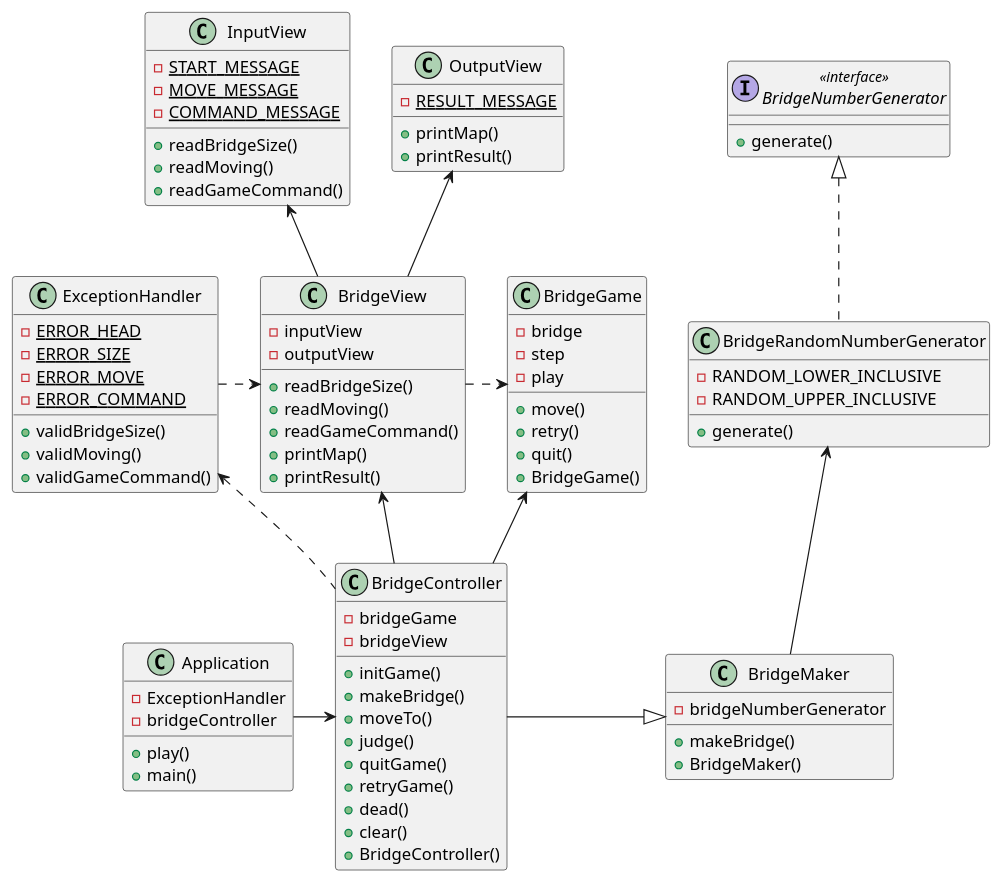
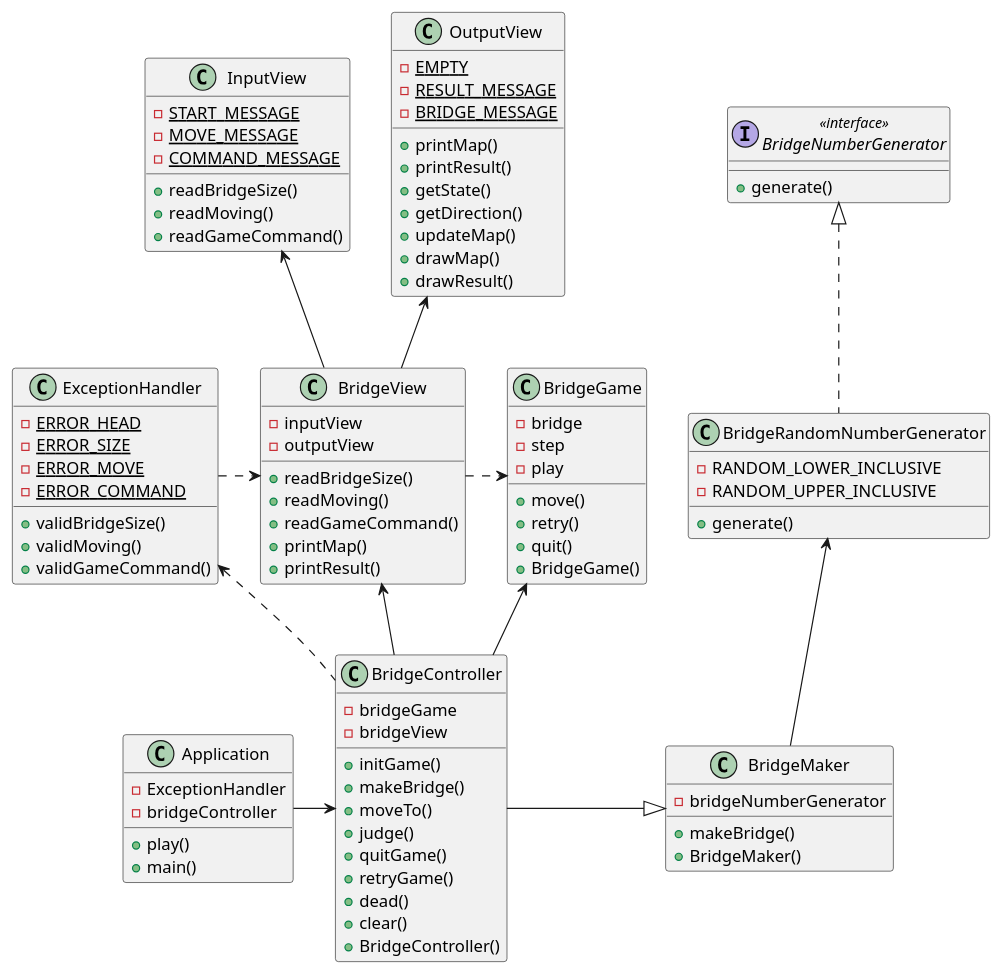
Before and after one commit to woowacourse-precourse/java-bridge: the diagram in docs/bridgeUML.puml, drawn with PlantUML. The commit also changed 1 other file, not shown here.

Commit message:
docs(java-bridge/docs/bridgeUML.*): 클래스 다이어그램 업데이트 (OutputView)
class OutputView{
    - {static} EMPTY
    - {static} RESULT_MESSAGE
    - {static} BRIDGE_MESSAGE
    + printMap()
    + printResult()
    + getState()
    + getDirection()
    + updateMap()
    + drawMap()
    + drawResult()
}

```diff
--- a/docs/bridgeUML.puml
+++ b/docs/bridgeUML.puml
@@ -1,118 +1,126 @@
 @startuml
 
 class ExceptionHandler
 class BridgeGame
 class BridgeController
 class BridgeMaker
 class BridgeNumberGenerator
 class BridgeRandomNumberGenerator
 class InputView
 class OutputView
 class Application
+
 
 BridgeController -up-> BridgeGame
 
 BridgeController -up-> BridgeView
 BridgeController -right-|> BridgeMaker
 
 
 BridgeView -up-> OutputView
 BridgeView -up-> InputView
 
 BridgeRandomNumberGenerator .up.|> BridgeNumberGenerator
 BridgeMaker -up-> BridgeRandomNumberGenerator
 
 Application -right-> BridgeController
 ExceptionHandler .right.> BridgeView
 BridgeController .up.> ExceptionHandler
 BridgeView .right.> BridgeGame
 
 
 class Application{
     - ExceptionHandler
     - bridgeController
     + play()
     + main()
 }
 
 class BridgeGame{
     - bridge
     - step
     - play
     + move()
     + retry()
     + quit()
     + BridgeGame()
 }
 
 class BridgeController{
     - bridgeGame
     - bridgeView
 
     + initGame()
     + makeBridge()
     + moveTo()
     + judge()
     + quitGame()
     + retryGame()
     + dead()
     + clear()
     + BridgeController()
 }
 
 class BridgeMaker{
     - bridgeNumberGenerator
     + makeBridge()
     + BridgeMaker()
 }
 
 interface BridgeNumberGenerator <<interface>>{
     + generate()
 }
 
 class BridgeRandomNumberGenerator{
     - RANDOM_LOWER_INCLUSIVE
     - RANDOM_UPPER_INCLUSIVE
     + generate()
 }
 
 class BridgeView{
     - inputView
     - outputView
     + readBridgeSize()
     + readMoving()
     + readGameCommand()
     + printMap()
     + printResult()
 }
 
 class InputView{
     - {static} START_MESSAGE
     - {static} MOVE_MESSAGE
     - {static} COMMAND_MESSAGE
 
     + readBridgeSize()
     + readMoving()
     + readGameCommand()
 }
 
 class OutputView{
+    - {static} EMPTY
     - {static} RESULT_MESSAGE
+    - {static} BRIDGE_MESSAGE
     + printMap()
     + printResult()
+    + getState()
+    + getDirection()
+    + updateMap()
+    + drawMap()
+    + drawResult()
 }
 
 class ExceptionHandler{
     - {static} ERROR_HEAD
     - {static} ERROR_SIZE
     - {static} ERROR_MOVE
     - {static} ERROR_COMMAND
     + validBridgeSize()
     + validMoving()
     + validGameCommand()
 
 }
 
 
 
 @enduml
```
